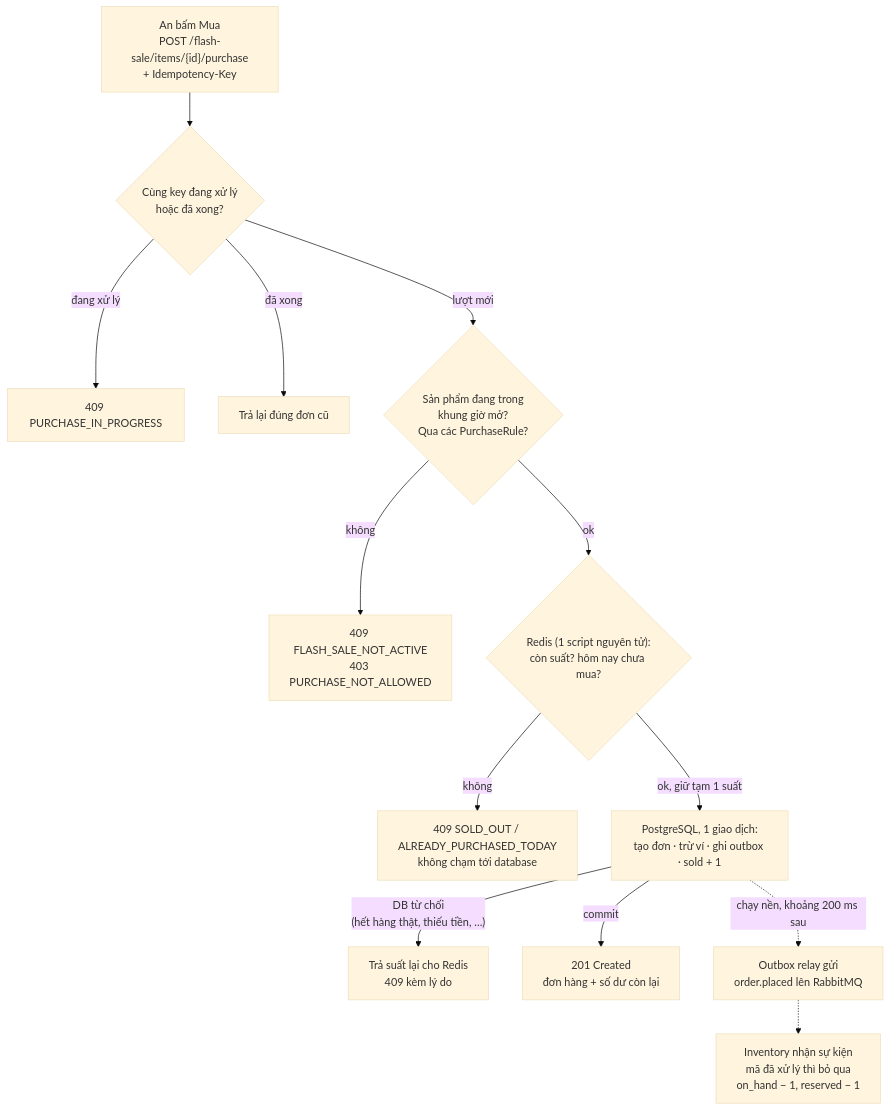
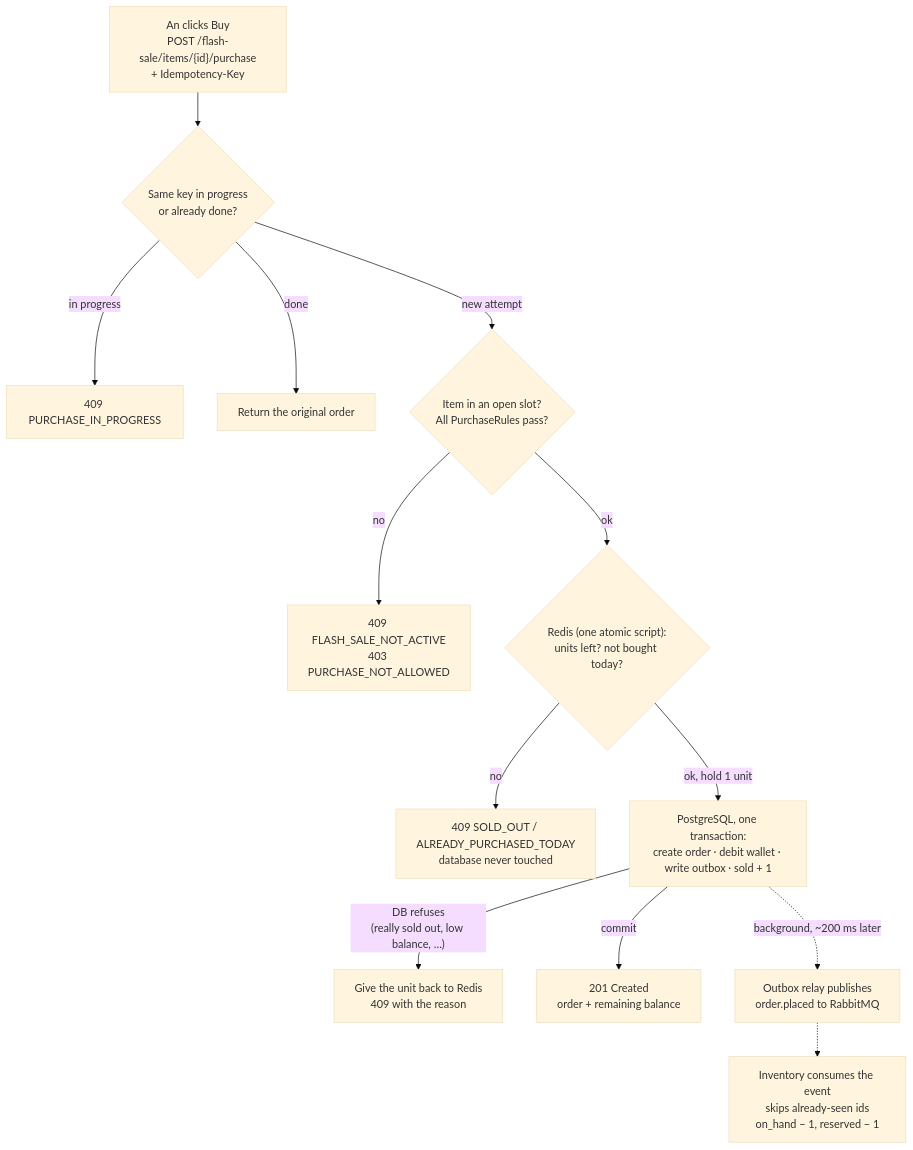
One commit to lebronjamesbe01-dev/flashsale-service changed the third of 4 diagrams in README.md. Above: the diagram before and after it, drawn with Mermaid (base theme). The commit also changed other lines of this file, not shown here.

````diff
--- a/README.md
+++ b/README.md
@@ -64,15 +64,15 @@
 ```mermaid
 flowchart TD
-    A["An bấm Mua<br/>POST /flash-sale/items/{id}/purchase<br/>+ Idempotency-Key"] --> B{"Cùng key đang xử lý<br/>hoặc đã xong?"}
-    B -->|"đang xử lý"| B1["409 PURCHASE_IN_PROGRESS"]
-    B -->|"đã xong"| B2["Trả lại đúng đơn cũ"]
-    B -->|"lượt mới"| C{"Sản phẩm đang trong<br/>khung giờ mở?<br/>Qua các PurchaseRule?"}
-    C -->|"không"| C1["409 FLASH_SALE_NOT_ACTIVE<br/>403 PURCHASE_NOT_ALLOWED"]
-    C -->|"ok"| D{"Redis (1 script nguyên tử):<br/>còn suất? hôm nay chưa mua?"}
-    D -->|"không"| D1["409 SOLD_OUT / ALREADY_PURCHASED_TODAY<br/>không chạm tới database"]
-    D -->|"ok, giữ tạm 1 suất"| E["PostgreSQL, 1 giao dịch:<br/>tạo đơn · trừ ví · ghi outbox · sold + 1"]
-    E -->|"DB từ chối<br/>(hết hàng thật, thiếu tiền, …)"| E1["Trả suất lại cho Redis<br/>409 kèm lý do"]
-    E -->|"commit"| F["201 Created<br/>đơn hàng + số dư còn lại"]
-    E -.->|"chạy nền, khoảng 200 ms sau"| G["Outbox relay gửi<br/>order.placed lên RabbitMQ"]
-    G -.-> H["Inventory nhận sự kiện<br/>mã đã xử lý thì bỏ qua<br/>on_hand − 1, reserved − 1"]
+    A["An clicks Buy<br/>POST /flash-sale/items/{id}/purchase<br/>+ Idempotency-Key"] --> B{"Same key in progress<br/>or already done?"}
+    B -->|"in progress"| B1["409 PURCHASE_IN_PROGRESS"]
+    B -->|"done"| B2["Return the original order"]
+    B -->|"new attempt"| C{"Item in an open slot?<br/>All PurchaseRules pass?"}
+    C -->|"no"| C1["409 FLASH_SALE_NOT_ACTIVE<br/>403 PURCHASE_NOT_ALLOWED"]
+    C -->|"ok"| D{"Redis (one atomic script):<br/>units left? not bought today?"}
+    D -->|"no"| D1["409 SOLD_OUT / ALREADY_PURCHASED_TODAY<br/>database never touched"]
+    D -->|"ok, hold 1 unit"| E["PostgreSQL, one transaction:<br/>create order · debit wallet · write outbox · sold + 1"]
+    E -->|"DB refuses<br/>(really sold out, low balance, …)"| E1["Give the unit back to Redis<br/>409 with the reason"]
+    E -->|"commit"| F["201 Created<br/>order + remaining balance"]
+    E -.->|"background, ~200 ms later"| G["Outbox relay publishes<br/>order.placed to RabbitMQ"]
+    G -.-> H["Inventory consumes the event<br/>skips already-seen ids<br/>on_hand − 1, reserved − 1"]
 ```
````
